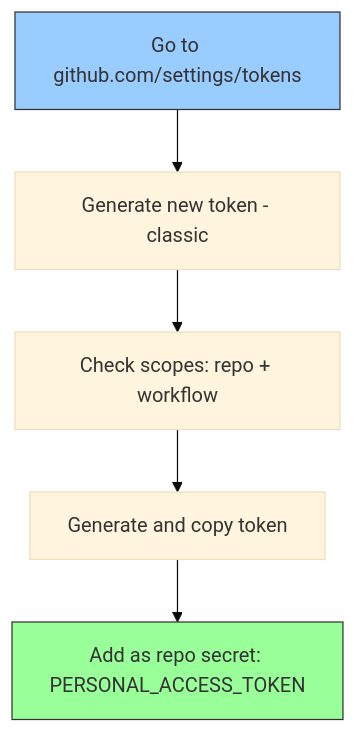
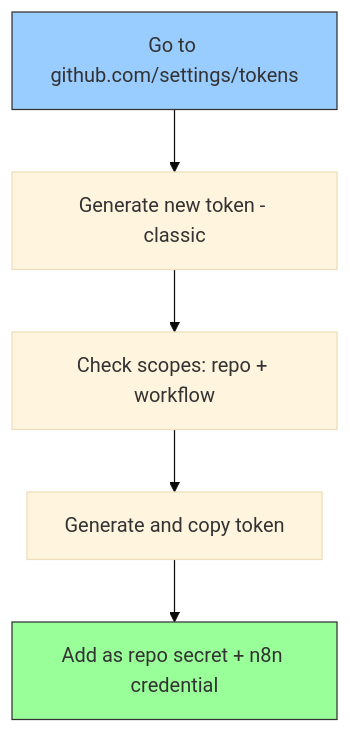
The second of 2 diagrams in docs/setup-guide.md (thatsmeadarsh/n8n-powered-auto-web-publish), drawn with Mermaid (base theme) before and after one commit. The commit also changed other lines of this file and 4 other files, not shown here.

````diff
--- a/docs/setup-guide.md
+++ b/docs/setup-guide.md
@@ -146,10 +80,10 @@
 ```mermaid
 graph TD
     A[Go to github.com/settings/tokens] --> B[Generate new token - classic]
     B --> C["Check scopes: repo + workflow"]
     C --> D[Generate and copy token]
-    D --> E[Add as repo secret: PERSONAL_ACCESS_TOKEN]
+    D --> E[Add as repo secret + n8n credential]
 
     style A fill:#99ccff,stroke:#333
     style E fill:#99ff99,stroke:#333
 ```
````
